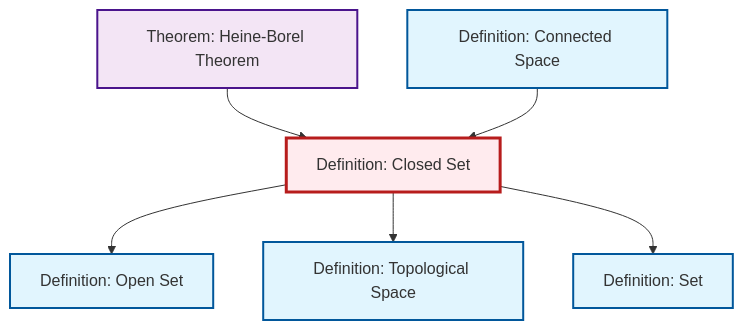
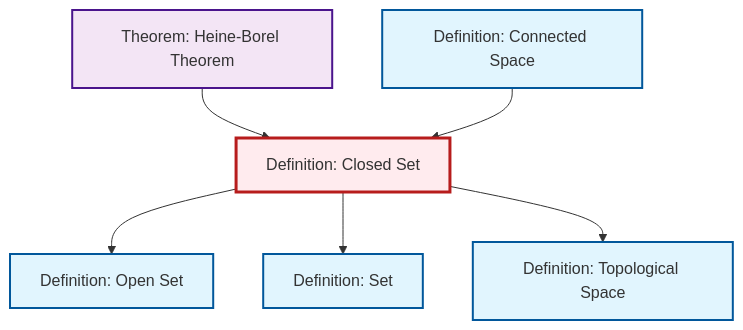
One commit to RK0429/ModernMath changed the diagram in content/ja/topology/def-closed-set.qmd. Above: the diagram before and after it, drawn with Mermaid. The commit also changed other lines of this file and 597 other files, not shown here.

````diff
--- a/content/ja/topology/def-closed-set.qmd
+++ b/content/ja/topology/def-closed-set.qmd
@@ -45,26 +45,26 @@
 ```{mermaid}
 %%| fig-cap: "Local dependency graph"
 graph TD
     classDef definition fill:#e1f5fe,stroke:#01579b,stroke-width:2px
     classDef theorem fill:#f3e5f5,stroke:#4a148c,stroke-width:2px
     classDef axiom fill:#fff3e0,stroke:#e65100,stroke-width:2px
     classDef example fill:#e8f5e9,stroke:#1b5e20,stroke-width:2px
     classDef current fill:#ffebee,stroke:#b71c1c,stroke-width:3px
-    def-connected["Definition: Connected Space"]:::definition
     def-closed-set["Definition: Closed Set"]:::definition
     thm-heine-borel["Theorem: Heine-Borel Theorem"]:::theorem
+    def-set["Definition: Set"]:::definition
+    def-topological-space["Definition: Topological Space"]:::definition
+    def-connected["Definition: Connected Space"]:::definition
     def-open-set["Definition: Open Set"]:::definition
-    def-topological-space["Definition: Topological Space"]:::definition
-    def-set["Definition: Set"]:::definition
+    thm-heine-borel --> def-closed-set
     def-closed-set --> def-open-set
-    thm-heine-borel --> def-closed-set
     def-connected --> def-closed-set
+    def-closed-set --> def-set
     def-closed-set --> def-topological-space
-    def-closed-set --> def-set
     class def-closed-set current
+    click thm-heine-borel "thm-heine-borel.html" "Theorem: Heine-Borel Theoremへ"
+    click def-set "def-set.html" "Definition: Setへ"
+    click def-topological-space "def-topological-space.html" "Definition: Topological Spaceへ"
     click def-connected "def-connected.html" "Definition: Connected Spaceへ"
-    click thm-heine-borel "thm-heine-borel.html" "Theorem: Heine-Borel Theoremへ"
     click def-open-set "def-open-set.html" "Definition: Open Setへ"
-    click def-topological-space "def-topological-space.html" "Definition: Topological Spaceへ"
-    click def-set "def-set.html" "Definition: Setへ"
 ```
````
